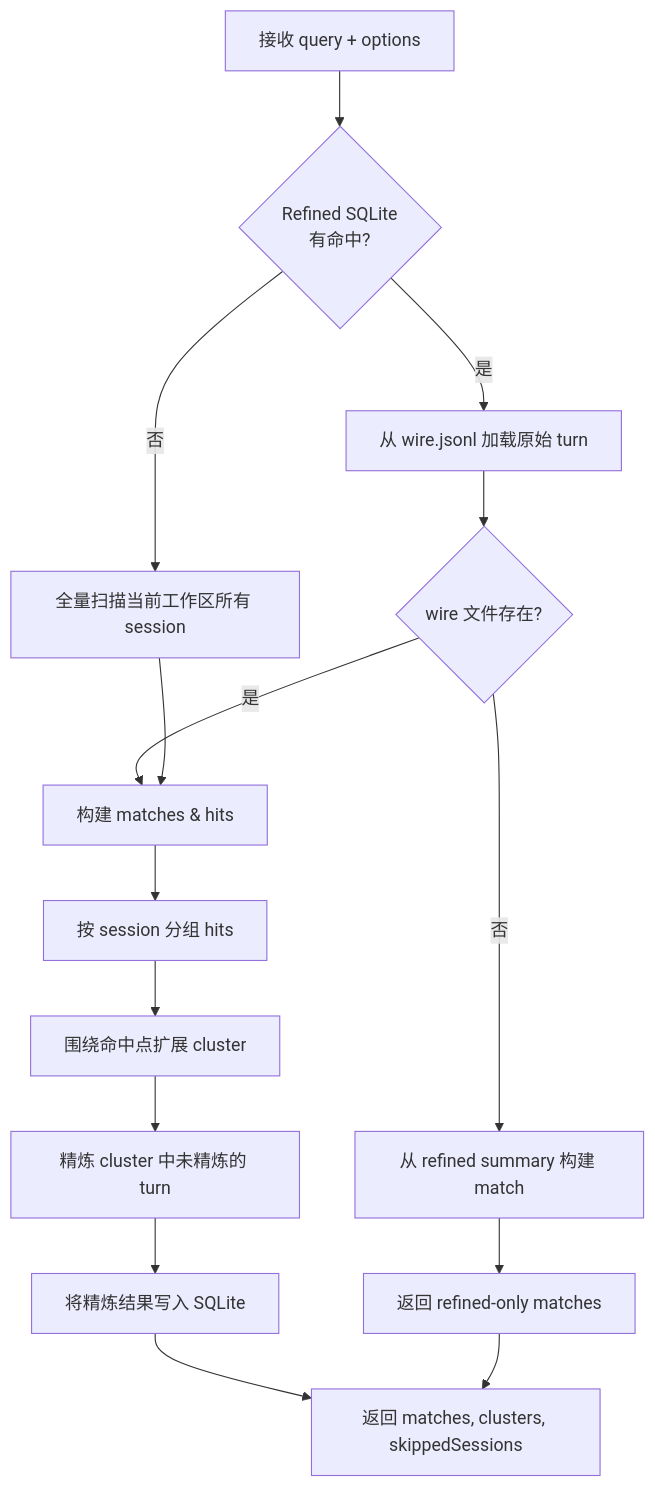
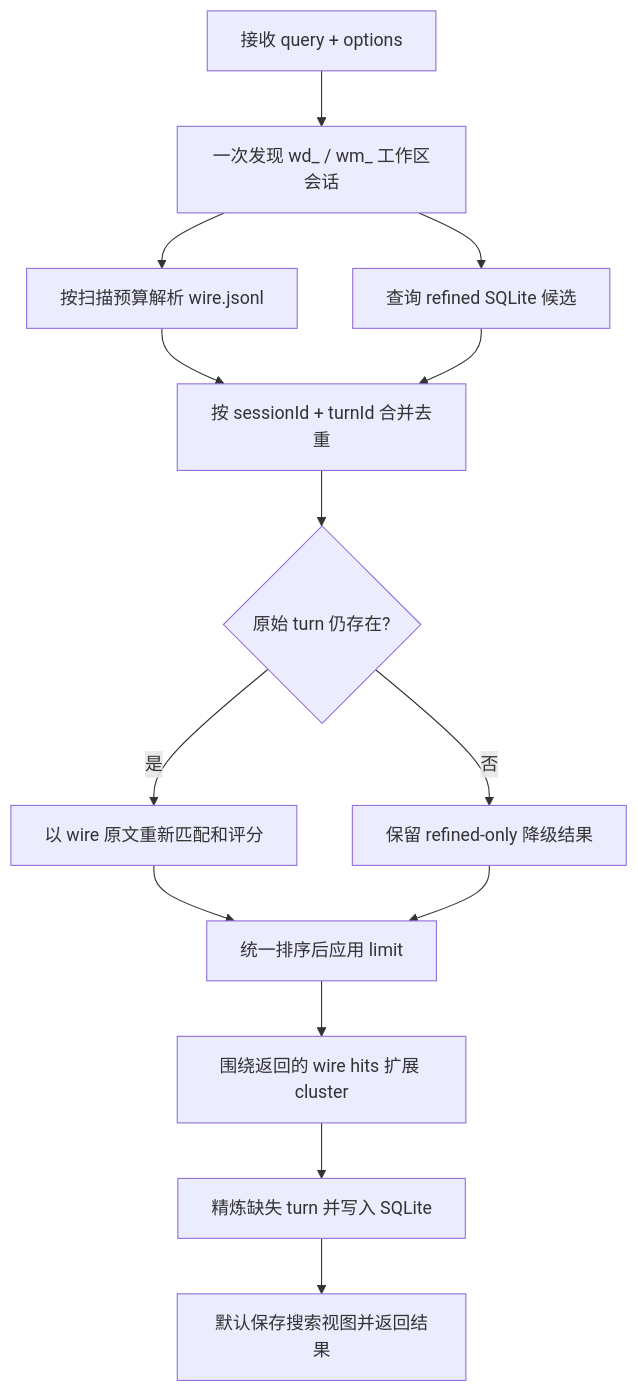
Before and after one commit to Zehee/kimi-code-memory-mcp-server: the second of 2 diagrams in docs/search-logic.zh-CN.md, drawn with Mermaid. The commit also changed other lines of this file and 110 other files, not shown here.

````diff
--- a/docs/search-logic.zh-CN.md
+++ b/docs/search-logic.zh-CN.md
@@ -68,18 +68,16 @@
 ```mermaid
 flowchart TD
-    A[接收 query + options] --> B{Refined SQLite
-    有命中?}
-    B -->|是| C[从 wire.jsonl 加载原始 turn]
-    B -->|否| D[全量扫描当前工作区所有 session]
-    C --> E{wire 文件存在?}
-    E -->|是| F[构建 matches & hits]
-    E -->|否| G[从 refined summary 构建 match]
-    D --> F
-    F --> H[按 session 分组 hits]
-    G --> M[返回 refined-only matches]
-    H --> I[围绕命中点扩展 cluster]
-    I --> J[精炼 cluster 中未精炼的 turn]
-    J --> K[将精炼结果写入 SQLite]
-    K --> L[返回 matches, clusters, skippedSessions]
-    M --> L
+    A[接收 query + options] --> B[一次发现 wd_ / wm_ 工作区会话]
+    B --> C[按扫描预算解析 wire.jsonl]
+    B --> D[查询 refined SQLite 候选]
+    C --> E[按 sessionId + turnId 合并去重]
+    D --> E
+    E --> F{原始 turn 仍存在?}
+    F -->|是| G[以 wire 原文重新匹配和评分]
+    F -->|否| H[保留 refined-only 降级结果]
+    G --> I[统一排序后应用 limit]
+    H --> I
+    I --> J[围绕返回的 wire hits 扩展 cluster]
+    J --> K[精炼缺失 turn 并写入 SQLite]
+    K --> L[默认保存搜索视图并返回结果]
 ```
````
